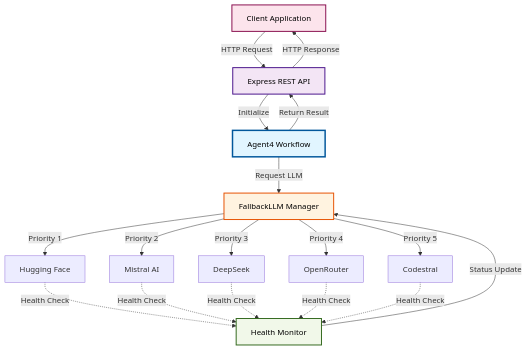
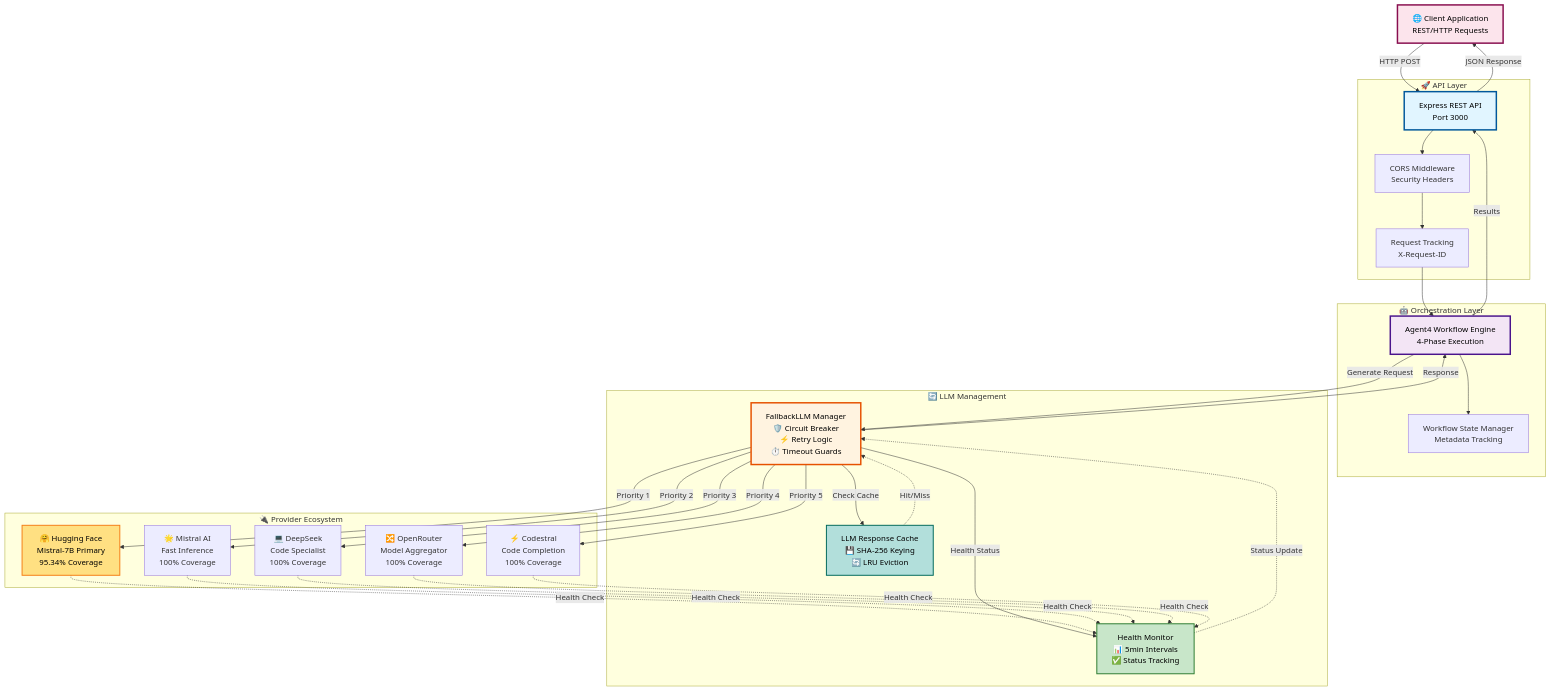
Before and after one commit to NovusAevum/agent4-implementation: the third of 15 diagrams in README.md, drawn with Mermaid. The commit also changed other lines of this file, not shown here.

````diff
--- a/README.md
+++ b/README.md
@@ -95,29 +235,67 @@
 ```mermaid
 graph TB
-    Client[Client Application] -->|HTTP Request| API[Express REST API]
-    API -->|Initialize| Agent[Agent4 Workflow]
-    Agent -->|Request LLM| Fallback[FallbackLLM Manager]
-    
-    Fallback -->|Priority 1| HF[Hugging Face]
-    Fallback -->|Priority 2| Mistral[Mistral AI]
-    Fallback -->|Priority 3| DeepSeek[DeepSeek]
-    Fallback -->|Priority 4| OpenRouter[OpenRouter]
-    Fallback -->|Priority 5| Codestral[Codestral]
-    
-    HF -.->|Health Check| Monitor[Health Monitor]
+    Client[🌐 Client Application<br/>REST/HTTP Requests]
+
+    subgraph "🚀 API Layer"
+        API[Express REST API<br/>Port 3000]
+        CORS[CORS Middleware<br/>Security Headers]
+        Auth[Request Tracking<br/>X-Request-ID]
+    end
+
+    subgraph "🤖 Orchestration Layer"
+        Agent[Agent4 Workflow Engine<br/>4-Phase Execution]
+        State[Workflow State Manager<br/>Metadata Tracking]
+    end
+
+    subgraph "🔄 LLM Management"
+        Fallback[FallbackLLM Manager<br/>🛡️ Circuit Breaker<br/>⚡ Retry Logic<br/>⏱️ Timeout Guards]
+        Cache[LLM Response Cache<br/>💾 SHA-256 Keying<br/>🔄 LRU Eviction]
+        Monitor[Health Monitor<br/>📊 5min Intervals<br/>✅ Status Tracking]
+    end
+
+    subgraph "🔌 Provider Ecosystem"
+        HF[🤗 Hugging Face<br/>Mistral-7B Primary<br/>95.34% Coverage]
+        Mistral[🌟 Mistral AI<br/>Fast Inference<br/>100% Coverage]
+        DeepSeek[💻 DeepSeek<br/>Code Specialist<br/>100% Coverage]
+        OpenRouter[🔀 OpenRouter<br/>Model Aggregator<br/>100% Coverage]
+        Codestral[⚡ Codestral<br/>Code Completion<br/>100% Coverage]
+    end
+
+    Client -->|HTTP POST| API
+    API --> CORS
+    CORS --> Auth
+    Auth --> Agent
+
+    Agent --> State
+    Agent -->|Generate Request| Fallback
+
+    Fallback -->|Check Cache| Cache
+    Fallback -->|Health Status| Monitor
+
+    Fallback -->|Priority 1| HF
+    Fallback -->|Priority 2| Mistral
+    Fallback -->|Priority 3| DeepSeek
+    Fallback -->|Priority 4| OpenRouter
+    Fallback -->|Priority 5| Codestral
+
+    HF -.->|Health Check| Monitor
     Mistral -.->|Health Check| Monitor
     DeepSeek -.->|Health Check| Monitor
     OpenRouter -.->|Health Check| Monitor
     Codestral -.->|Health Check| Monitor
-    
-    Monitor -->|Status Update| Fallback
-    
-    Agent -->|Return Result| API
-    API -->|HTTP Response| Client
-    
-    style Agent fill:#e1f5ff,stroke:#01579b,stroke-width:3px,color:#000
-    style Fallback fill:#fff3e0,stroke:#e65100,stroke-width:2px,color:#000
-    style Monitor fill:#f1f8e9,stroke:#33691e,stroke-width:2px,color:#000
-    style Client fill:#fce4ec,stroke:#880e4f,stroke-width:2px,color:#000
-    style API fill:#f3e5f5,stroke:#4a148c,stroke-width:2px,color:#000
+
+    Cache -.->|Hit/Miss| Fallback
+    Monitor -.->|Status Update| Fallback
+
+    Fallback -->|Response| Agent
+    Agent -->|Results| API
+    API -->|JSON Response| Client
+
+    style Client fill:#fce4ec,stroke:#880e4f,stroke-width:3px,color:#000
+    style API fill:#e1f5ff,stroke:#01579b,stroke-width:3px,color:#000
+    style Agent fill:#f3e5f5,stroke:#4a148c,stroke-width:3px,color:#000
+    style Fallback fill:#fff3e0,stroke:#e65100,stroke-width:3px,color:#000
+    style HF fill:#ffe082,stroke:#f57f17,stroke-width:2px,color:#000
+    style Monitor fill:#c8e6c9,stroke:#2e7d32,stroke-width:2px,color:#000
+    style Cache fill:#b2dfdb,stroke:#00695c,stroke-width:2px,color:#000
 ```
````
